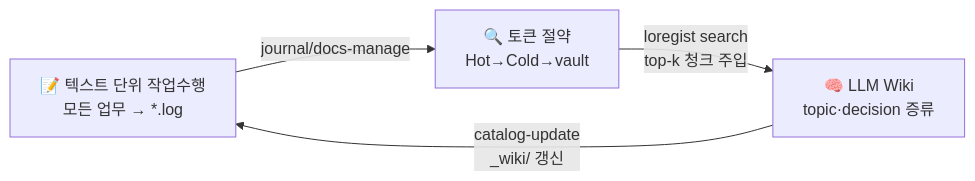
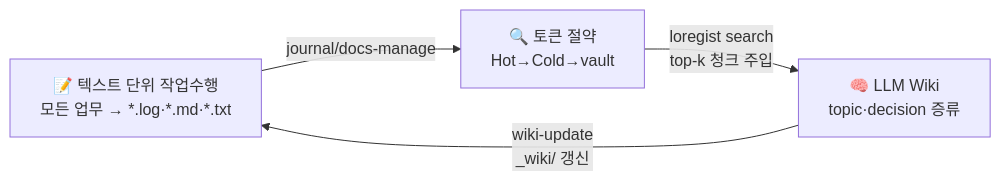
The second of 9 diagrams in ARCHITECTURE.md (mzd-nrkim/loregist), drawn with Mermaid before and after one commit. The commit also changed other lines of this file and 45 other files, not shown here.

````diff
--- a/ARCHITECTURE.md
+++ b/ARCHITECTURE.md
@@ -24,6 +49,6 @@
 ```mermaid
 graph LR
-    A["📝 텍스트 단위 작업수행<br/>모든 업무 → *.log"] -->|"journal/docs-manage"| B["🔍 토큰 절약<br/>Hot→Cold→vault"]
+    A["📝 텍스트 단위 작업수행<br/>모든 업무 → *.log·*.md·*.txt"] -->|"journal/docs-manage"| B["🔍 토큰 절약<br/>Hot→Cold→vault"]
     B -->|"loregist search<br/>top-k 청크 주입"| C["🧠 LLM Wiki<br/>topic·decision 증류"]
-    C -->|"catalog-update<br/>_wiki/ 갱신"| A
+    C -->|"wiki-update<br/>_wiki/ 갱신"| A
 ```
````
